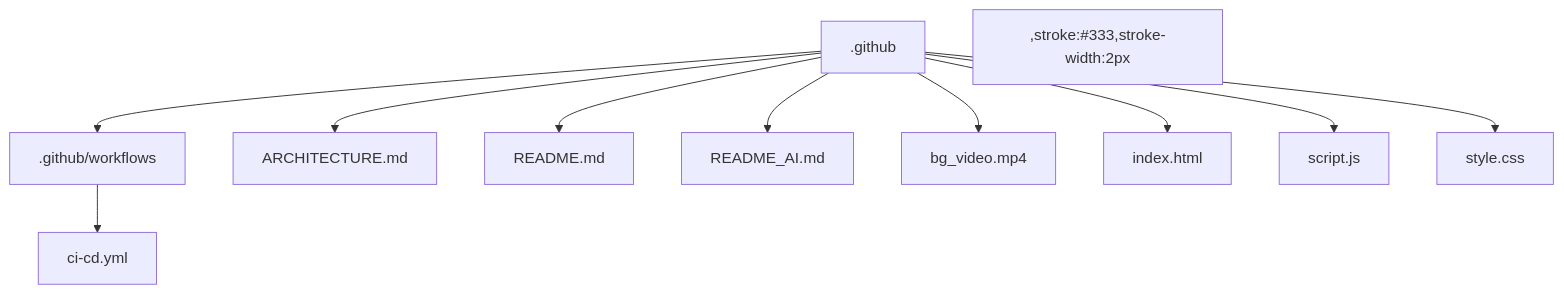
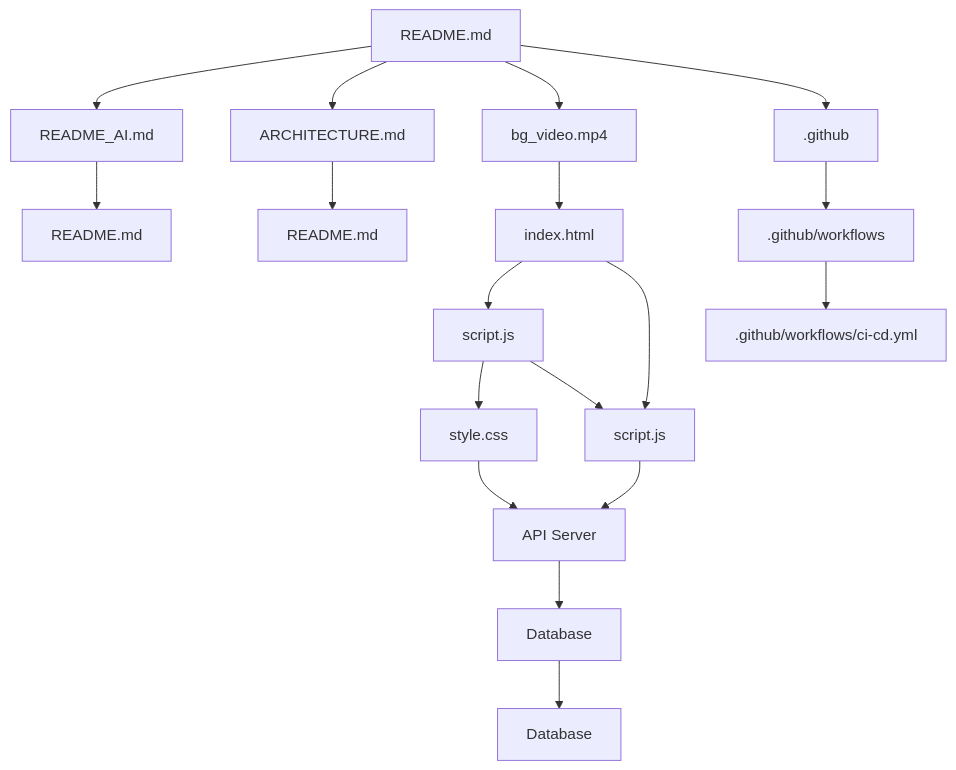
Before and after one commit to nirzaraghure/music-mood-app: the diagram in ARCHITECTURE.md, drawn with Mermaid.

Commit message:
🤖 GitGenius: AI-generated code fix

````diff
--- a/ARCHITECTURE.md
+++ b/ARCHITECTURE.md
@@ -3,21 +3,20 @@
 ```mermaid
 graph TD
-    A[.github] --> B[.github/workflows]
-    B --> C[ci-cd.yml]
-    A --> D[ARCHITECTURE.md]
-    A --> E[README.md]
-    A --> F[README_AI.md]
-    A --> G[bg_video.mp4]
-    A --> H[index.html]
-    A --> I[script.js]
-    A --> J[style.css]
-    ,stroke:#333,stroke-width:2px
-    ,stroke:#333,stroke-width:2px
-    ,stroke:#333,stroke-width:2px
-    ,stroke:#333,stroke-width:2px
-    ,stroke:#333,stroke-width:2px
-    ,stroke:#333,stroke-width:2px
-    ,stroke:#333,stroke-width:2px
-    ,stroke:#333,stroke-width:2px
-    ,stroke:#333,stroke-width:2px
+    A[README.md] --> B[README_AI.md]
+    A --> C[ARCHITECTURE.md]
+    B --> D[README.md]
+    C --> E[README.md]
+    A --> F[bg_video.mp4]
+    F --> G[index.html]
+    G --> H[script.js]
+    H --> I[style.css]
+    A --> J[.github]
+    J --> K[.github/workflows]
+    K --> L[.github/workflows/ci-cd.yml]
+    G --> M[script.js]
+    H --> M
+    M --> N[API Server]
+    N --> O[Database]
+    I --> N
+    O --> P[Database]
 ```
````
